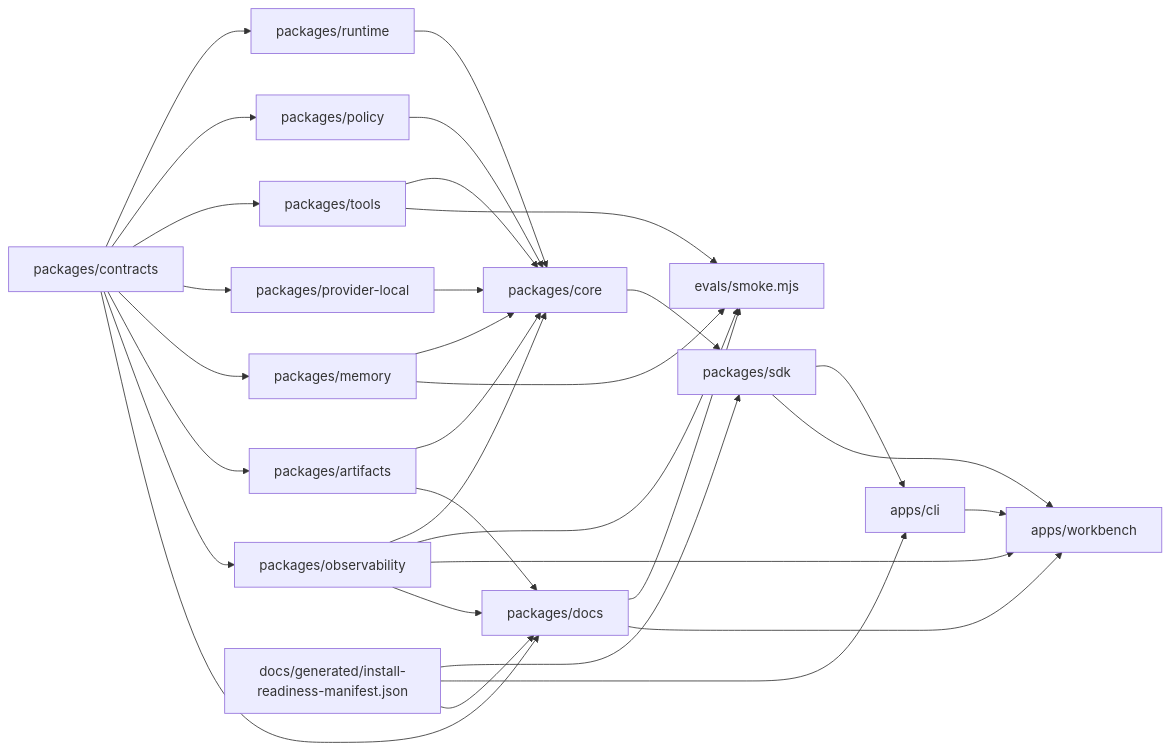
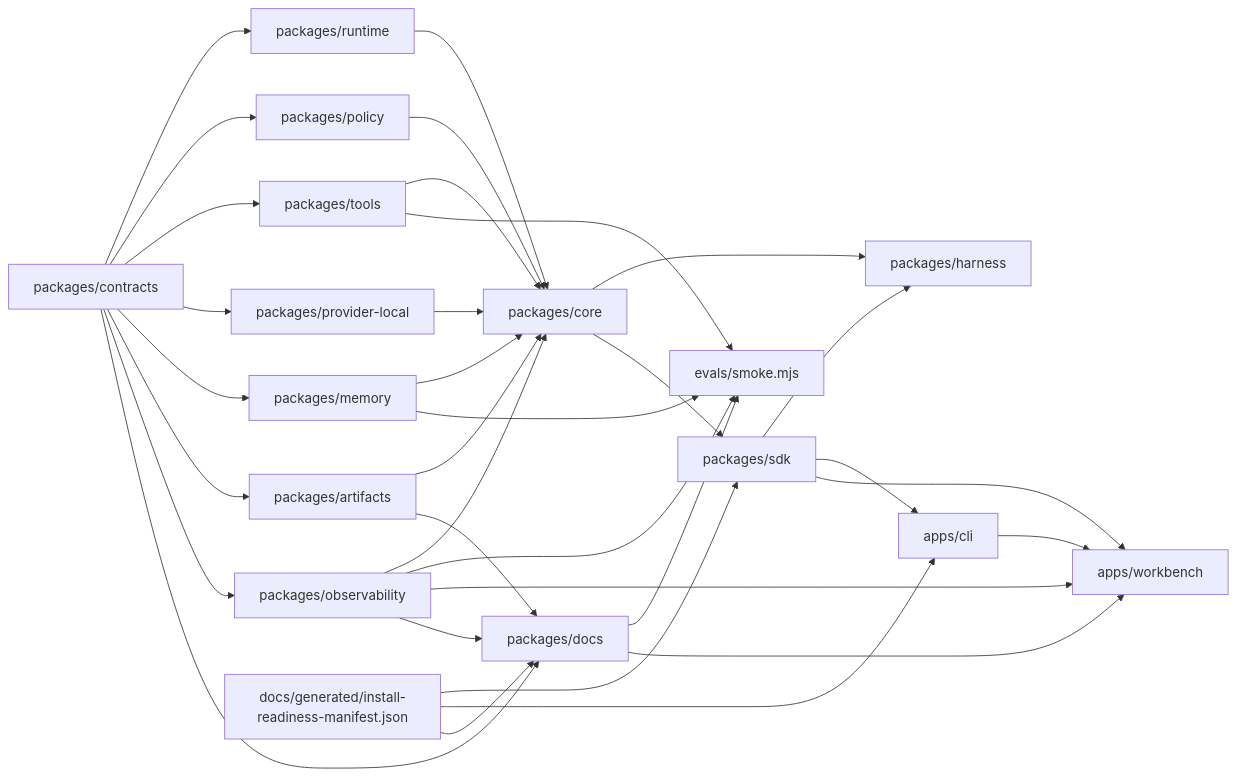
The diagram in apps/docs/system-map.mdx (JamiStudio/jami-harness), drawn with Mermaid before and after one commit. The commit also changed other lines of this file and 506 other files, not shown here.

````diff
--- a/apps/docs/system-map.mdx
+++ b/apps/docs/system-map.mdx
@@ -15,48 +15,51 @@
 ```mermaid
 flowchart LR
   contracts[packages/contracts]
   runtime[packages/runtime]
   policy[packages/policy]
   tools[packages/tools]
   provider[packages/provider-local]
   memory[packages/memory]
   artifacts[packages/artifacts]
   observability[packages/observability]
   evals[evals/smoke.mjs]
+  harness[packages/harness]
   core[packages/core]
   sdk[packages/sdk]
   cli[apps/cli]
   docs[packages/docs]
   workbench[apps/workbench]
   contracts --> runtime
   contracts --> policy
   contracts --> tools
   contracts --> provider
   contracts --> memory
   contracts --> artifacts
   contracts --> observability
   runtime --> core
   policy --> core
   tools --> core
   provider --> core
   memory --> core
   artifacts --> core
   observability --> core
+  sdk --> harness
+  core --> harness
   core --> sdk
   observability --> evals
   tools --> evals
   memory --> evals
   docs --> evals
   sdk --> cli
   sdk --> workbench
   cli --> workbench
   docs --> workbench
   observability --> workbench
   install[docs/generated/install-readiness-manifest.json]
   install --> sdk
   install --> cli
   install --> docs
   contracts --> docs
   artifacts --> docs
   observability --> docs
 ```
````
